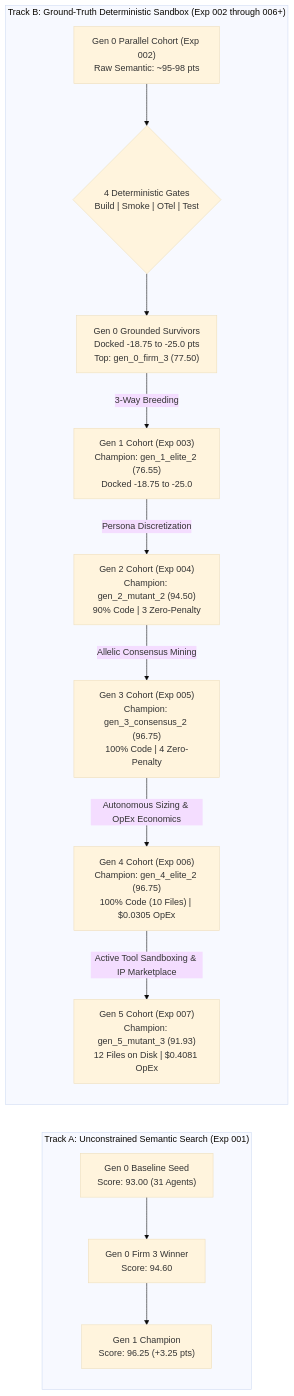
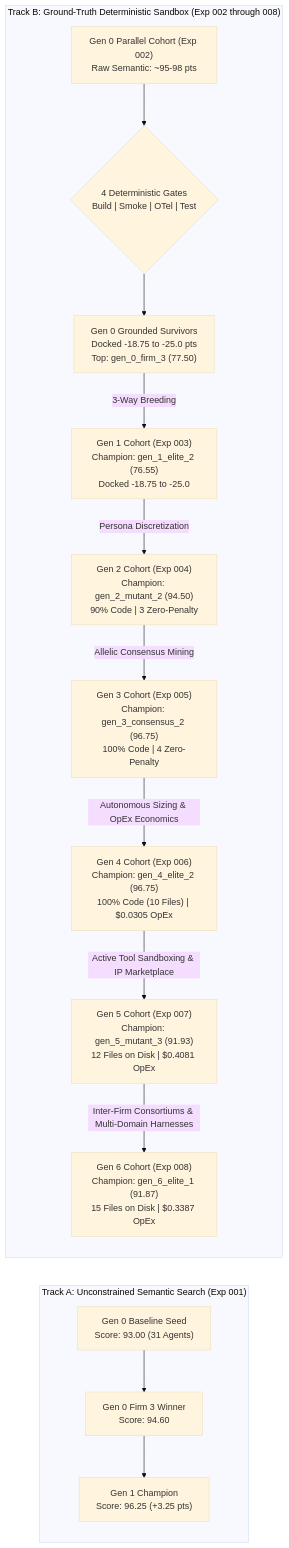
Before and after one commit to SinaChavoshi/hierarchical-agent-evolution: the diagram in experiments/README.md, drawn with Mermaid (base theme). The commit also changed other lines of this file and 19 other files, not shown here.

First line of the commit message:
docs: finalize Generation 6 benchmark, scorecards, and roadmap updates

````diff
--- a/experiments/README.md
+++ b/experiments/README.md
@@ -31,24 +32,25 @@
 ```mermaid
 graph LR
     subgraph TrackA ["Track A: Unconstrained Semantic Search (Exp 001)"]
         Seed["Gen 0 Baseline Seed<br/>Score: 93.00 (31 Agents)"] --> Firm3["Gen 0 Firm 3 Winner<br/>Score: 94.60"]
         Firm3 --> Elite2["Gen 1 Champion<br/>Score: 96.25 (+3.25 pts)"]
     end
 
-    subgraph TrackB ["Track B: Ground-Truth Deterministic Sandbox (Exp 002 through 006+)"]
+    subgraph TrackB ["Track B: Ground-Truth Deterministic Sandbox (Exp 002 through 008)"]
         ParSeed["Gen 0 Parallel Cohort (Exp 002)<br/>Raw Semantic: ~95-98 pts"]
         Gates{"4 Deterministic Gates<br/>Build | Smoke | OTel | Test"}
         Penalized["Gen 0 Grounded Survivors<br/>Docked -18.75 to -25.0 pts<br/>Top: gen_0_firm_3 (77.50)"]
         Gen1Cohort["Gen 1 Cohort (Exp 003)<br/>Champion: gen_1_elite_2 (76.55)<br/>Docked -18.75 to -25.0"]
         Gen2Cohort["Gen 2 Cohort (Exp 004)<br/>Champion: gen_2_mutant_2 (94.50)<br/>90% Code | 3 Zero-Penalty"]
         Gen3Cohort["Gen 3 Cohort (Exp 005)<br/>Champion: gen_3_consensus_2 (96.75)<br/>100% Code | 4 Zero-Penalty"]
 
         ParSeed --> Gates
         Gates --> Penalized
         Penalized -->|3-Way Breeding| Gen1Cohort
         Gen1Cohort -->|Persona Discretization| Gen2Cohort
         Gen2Cohort -->|Allelic Consensus Mining| Gen3Cohort
         Gen3Cohort -->|Autonomous Sizing & OpEx Economics| Gen4Cohort["Gen 4 Cohort (Exp 006)<br/>Champion: gen_4_elite_2 (96.75)<br/>100% Code (10 Files) | $0.0305 OpEx"]
         Gen4Cohort -->|Active Tool Sandboxing & IP Marketplace| Gen5Cohort["Gen 5 Cohort (Exp 007)<br/>Champion: gen_5_mutant_3 (91.93)<br/>12 Files on Disk | $0.4081 OpEx"]
+        Gen5Cohort -->|Inter-Firm Consortiums & Multi-Domain Harnesses| Gen6Cohort["Gen 6 Cohort (Exp 008)<br/>Champion: gen_6_elite_1 (91.87)<br/>15 Files on Disk | $0.3387 OpEx"]
     end
 ```
````
